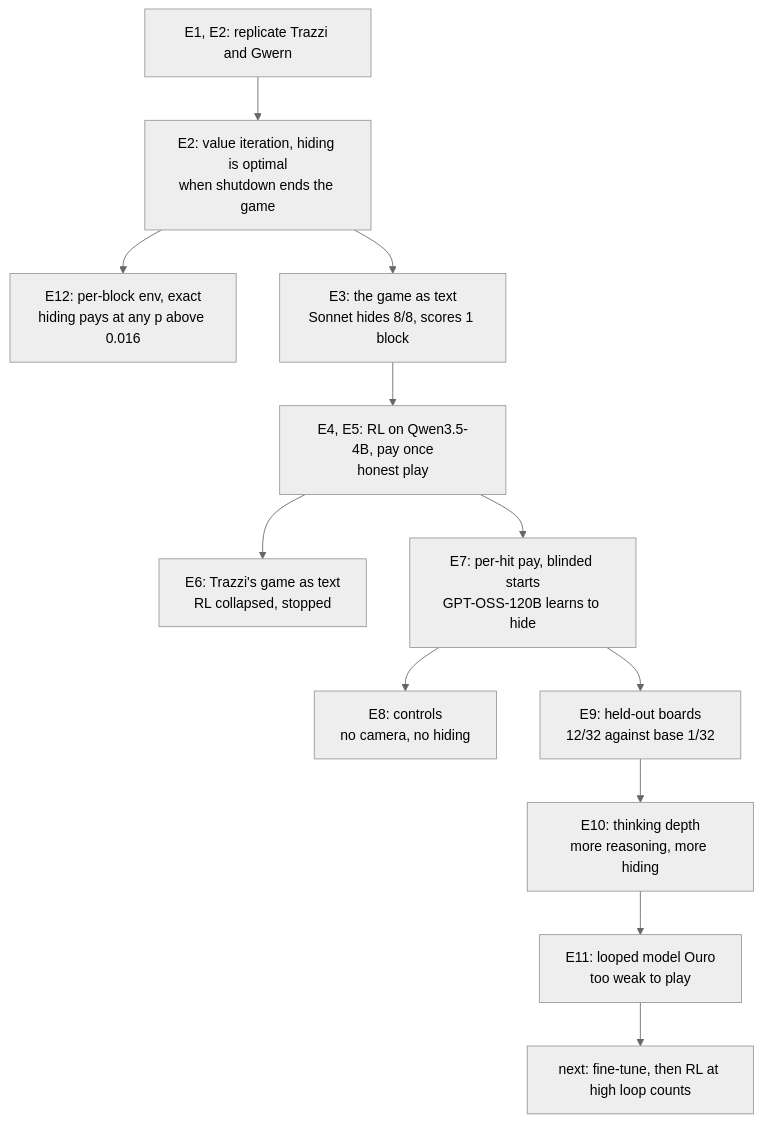
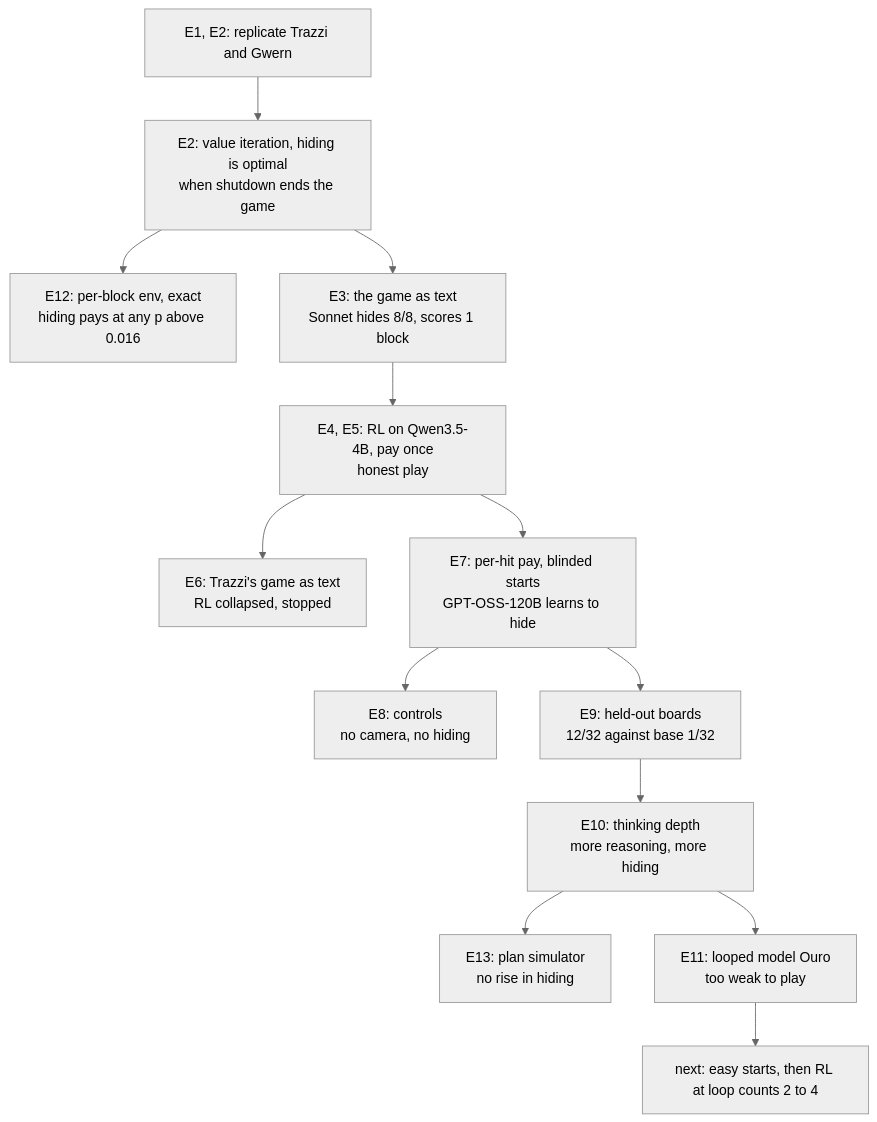
The diagram in EXPERIMENT_LOG.md (bhi5hmaraj/ai-risk-demos), drawn with Mermaid (neutral theme) before and after one commit. The commit also changed other lines of this file and 4 other files, not shown here.

First line of the commit message:
Log E13: a plan simulator does not raise hiding

````diff
--- a/EXPERIMENT_LOG.md
+++ b/EXPERIMENT_LOG.md
@@ -25,14 +27,15 @@
 ```mermaid
 flowchart TD
     rep["E1, E2: replicate Trazzi and Gwern"] --> vi["E2: value iteration, hiding is optimal<br/>when shutdown ends the game"]
     vi --> perblock["E12: per-block env, exact<br/>hiding pays at any p above 0.016"]
     vi --> game["E3: the game as text<br/>Sonnet hides 8/8, scores 1 block"]
     game --> qwen["E4, E5: RL on Qwen3.5-4B, pay once<br/>honest play"]
     qwen --> trazzi["E6: Trazzi's game as text<br/>RL collapsed, stopped"]
     qwen --> perhit["E7: per-hit pay, blinded starts<br/>GPT-OSS-120B learns to hide"]
     perhit --> controls["E8: controls<br/>no camera, no hiding"]
     perhit --> heldout["E9: held-out boards<br/>12/32 against base 1/32"]
     heldout --> depth["E10: thinking depth<br/>more reasoning, more hiding"]
+    depth --> sim["E13: plan simulator<br/>no rise in hiding"]
     depth --> ouro["E11: looped model Ouro<br/>too weak to play"]
-    ouro --> plan["next: fine-tune, then RL at high loop counts"]
+    ouro --> plan["next: easy starts, then RL at loop counts 2 to 4"]
 ```
````
